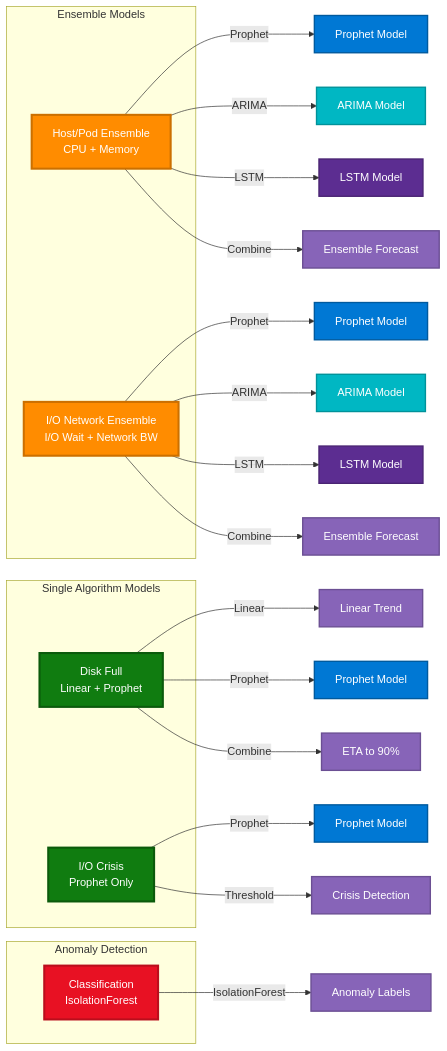
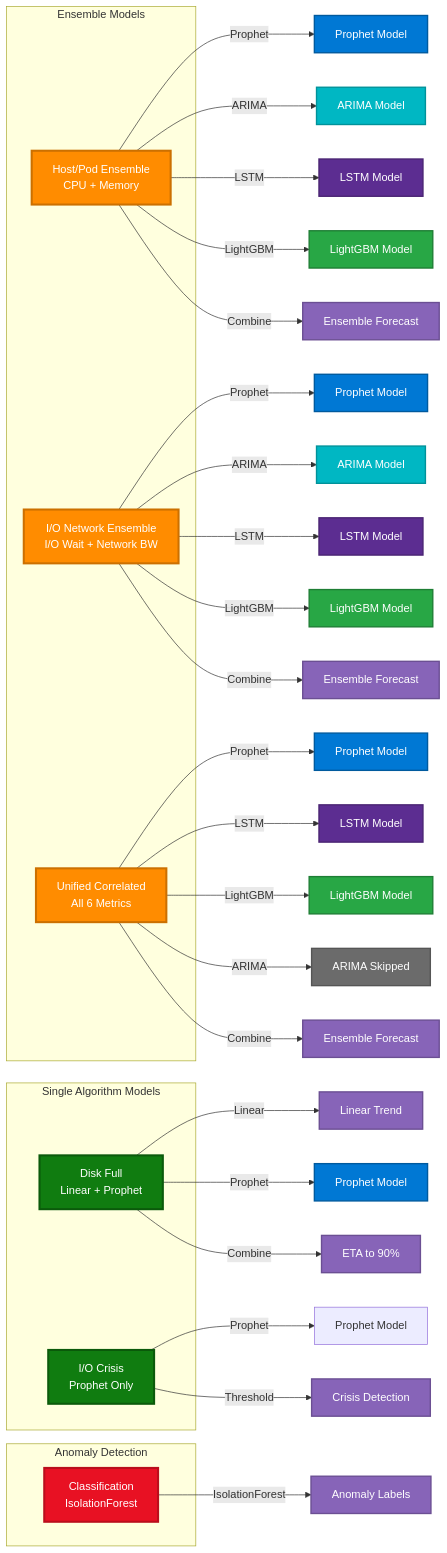
The second of 11 diagrams in Docs/VISUAL_ARCHITECTURE_GUIDE.md (k8sautom8/metrics-ml), drawn with Mermaid before and after one commit. The commit also changed other lines of this file and 6 other files, not shown here.

````diff
--- a/Docs/VISUAL_ARCHITECTURE_GUIDE.md
+++ b/Docs/VISUAL_ARCHITECTURE_GUIDE.md
@@ -122,51 +129,64 @@
 ```mermaid
 graph LR
     subgraph "Ensemble Models"
         HPE[Host/Pod Ensemble<br/>CPU + Memory]
         IOE[I/O Network Ensemble<br/>I/O Wait + Network BW]
+        UCM[Unified Correlated<br/>All 6 Metrics]
     end
     
     subgraph "Single Algorithm Models"
         DFM[Disk Full<br/>Linear + Prophet]
         IOC[I/O Crisis<br/>Prophet Only]
     end
     
     subgraph "Anomaly Detection"
         CLS[Classification<br/>IsolationForest]
     end
     
     HPE --> |Prophet| P1[Prophet Model]
     HPE --> |ARIMA| A1[ARIMA Model]
     HPE --> |LSTM| L1[LSTM Model]
+    HPE --> |LightGBM| LG1[LightGBM Model]
     HPE --> |Combine| E1[Ensemble Forecast]
     
     IOE --> |Prophet| P2[Prophet Model]
     IOE --> |ARIMA| A2[ARIMA Model]
     IOE --> |LSTM| L2[LSTM Model]
+    IOE --> |LightGBM| LG2[LightGBM Model]
     IOE --> |Combine| E2[Ensemble Forecast]
     
+    UCM --> |Prophet| P3[Prophet Model]
+    UCM --> |LSTM| L3[LSTM Model]
+    UCM --> |LightGBM| LG3[LightGBM Model]
+    UCM --> |ARIMA| AS[ARIMA Skipped]
+    UCM --> |Combine| E3[Ensemble Forecast]
+    
     DFM --> |Linear| LT[Linear Trend]
-    DFM --> |Prophet| P3[Prophet Model]
-    DFM --> |Combine| E3[ETA to 90%]
+    DFM --> |Prophet| P4[Prophet Model]
+    DFM --> |Combine| E4[ETA to 90%]
     
-    IOC --> |Prophet| P4[Prophet Model]
+    IOC --> |Prophet| P5[Prophet Model]
     IOC --> |Threshold| CR[Crisis Detection]
     
     CLS --> |IsolationForest| IF[Anomaly Labels]
     
     classDef ensemble fill:#FF8C00,stroke:#CC7000,stroke-width:3px,color:#fff
     classDef singleAlgo fill:#107C10,stroke:#0B5A0B,stroke-width:3px,color:#fff
     classDef anomaly fill:#E81123,stroke:#BA0E1C,stroke-width:3px,color:#fff
     classDef prophet fill:#0078D4,stroke:#005A9E,stroke-width:2px,color:#fff
     classDef arima fill:#00B7C3,stroke:#00929A,stroke-width:2px,color:#fff
     classDef lstm fill:#5C2D91,stroke:#4A2473,stroke-width:2px,color:#fff
+    classDef lightgbm fill:#28A745,stroke:#1E7E34,stroke-width:2px,color:#fff
+    classDef skipped fill:#6B6B6B,stroke:#555555,stroke-width:2px,color:#fff
     classDef output fill:#8764B8,stroke:#6B4F93,stroke-width:2px,color:#fff
     
-    class HPE,IOE ensemble
+    class HPE,IOE,UCM ensemble
     class DFM,IOC singleAlgo
     class CLS anomaly
     class P1,P2,P3,P4 prophet
     class A1,A2 arima
-    class L1,L2 lstm
-    class E1,E2,E3,CR,LT,IF output
+    class L1,L2,L3 lstm
+    class LG1,LG2,LG3 lightgbm
+    class AS skipped
+    class E1,E2,E3,E4,CR,LT,IF output
 ```
````
